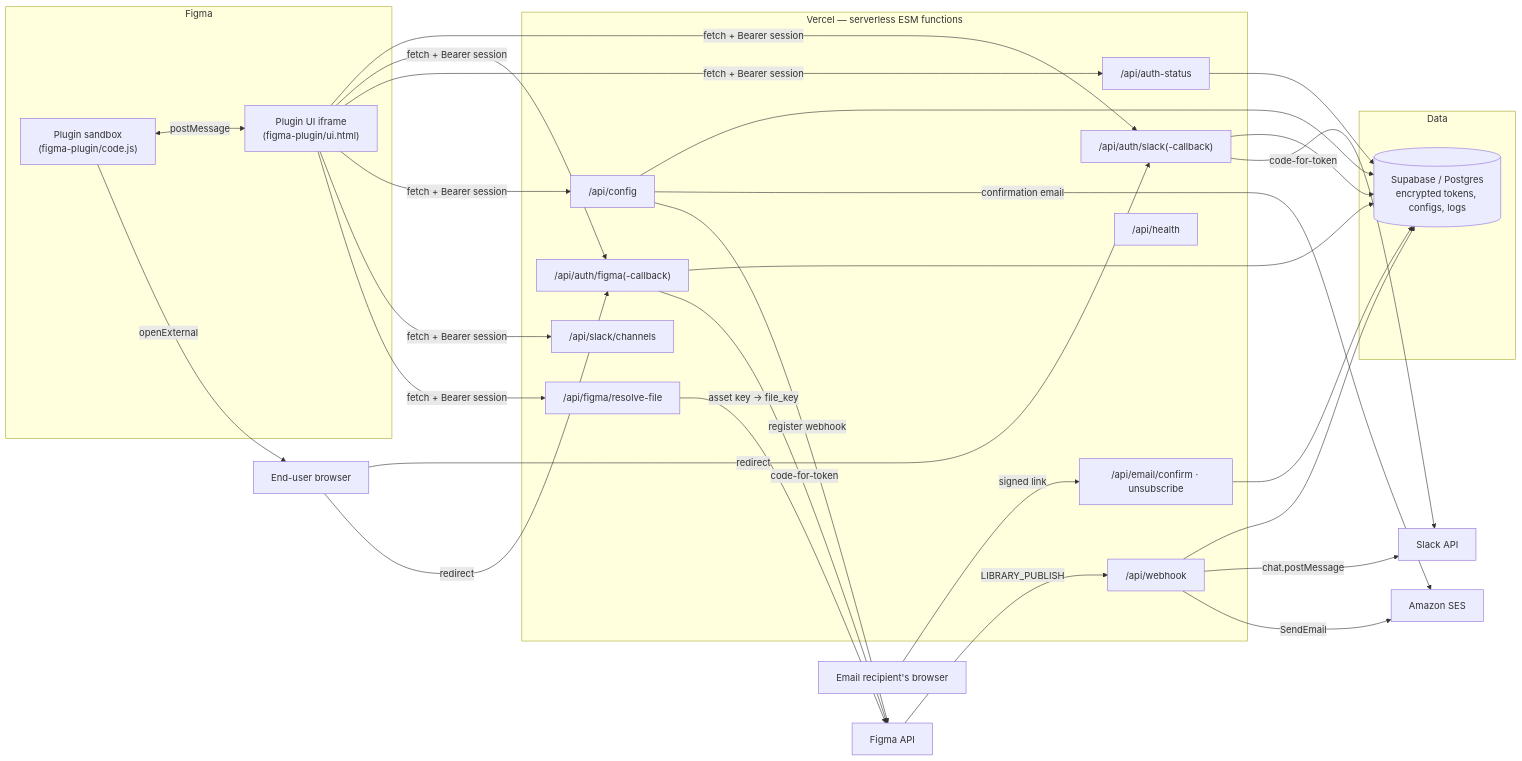
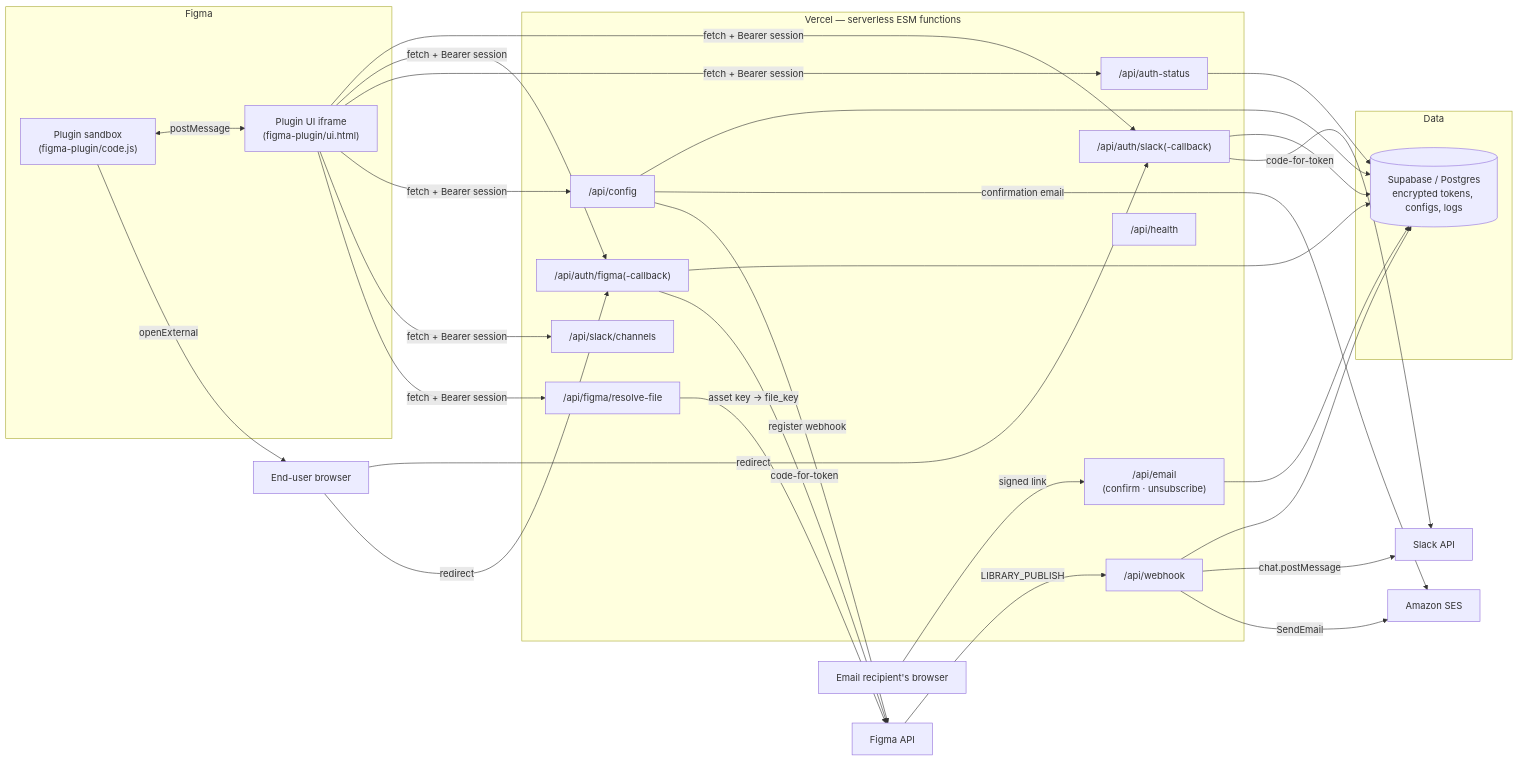
One commit to gragtajar/library-pulse changed the diagram in ARCHITECTURE.md. Above: the diagram before and after it, drawn with Mermaid. The commit also changed other lines of this file and 13 other files, not shown here.

First line of the commit message:
fix(backend): serve both email links from one function

````diff
--- a/ARCHITECTURE.md
+++ b/ARCHITECTURE.md
@@ -13,45 +13,45 @@
 ```mermaid
 flowchart LR
     subgraph Figma
         Plugin["Plugin sandbox<br/>(figma-plugin/code.js)"]
         UI["Plugin UI iframe<br/>(figma-plugin/ui.html)"]
         Plugin <--postMessage--> UI
     end
 
     subgraph Vercel["Vercel — serverless ESM functions"]
         AuthSlack["/api/auth/slack(-callback)"]
         AuthFigma["/api/auth/figma(-callback)"]
         Status["/api/auth-status"]
         Config["/api/config"]
         SlackChannels["/api/slack/channels"]
-        EmailLinks["/api/email/confirm · unsubscribe"]
+        EmailLinks["/api/email<br/>(confirm · unsubscribe)"]
         ResolveFile["/api/figma/resolve-file"]
         Webhook["/api/webhook"]
         Health["/api/health"]
     end
 
     subgraph Data
         SB[(Supabase / Postgres<br/>encrypted tokens, configs, logs)]
     end
 
     Browser["End-user browser"]
     SlackAPI["Slack API"]
     SES["Amazon SES"]
     Recipient["Email recipient's browser"]
     FigmaAPI["Figma API"]
 
     UI -- fetch + Bearer session --> AuthSlack & AuthFigma & Status & Config & SlackChannels & ResolveFile
     ResolveFile -- asset key → file_key --> FigmaAPI
     Plugin -- openExternal --> Browser
     Browser -- redirect --> AuthSlack
     Browser -- redirect --> AuthFigma
     AuthSlack & AuthFigma & Status & Config & Webhook & EmailLinks --> SB
     Recipient -- signed link --> EmailLinks
     Config -- confirmation email --> SES
     AuthSlack -- code-for-token --> SlackAPI
     AuthFigma -- code-for-token --> FigmaAPI
     Config -- register webhook --> FigmaAPI
     FigmaAPI -- LIBRARY_PUBLISH --> Webhook
     Webhook -- chat.postMessage --> SlackAPI
     Webhook -- SendEmail --> SES
 ```
````
